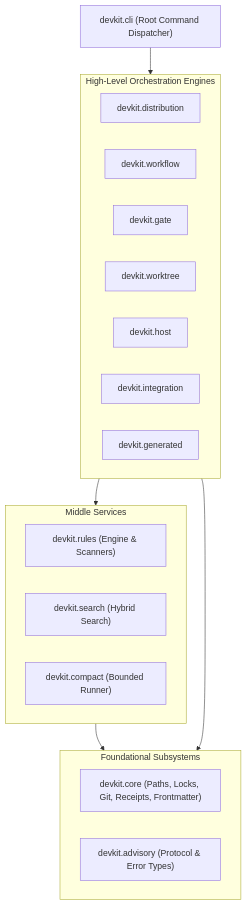
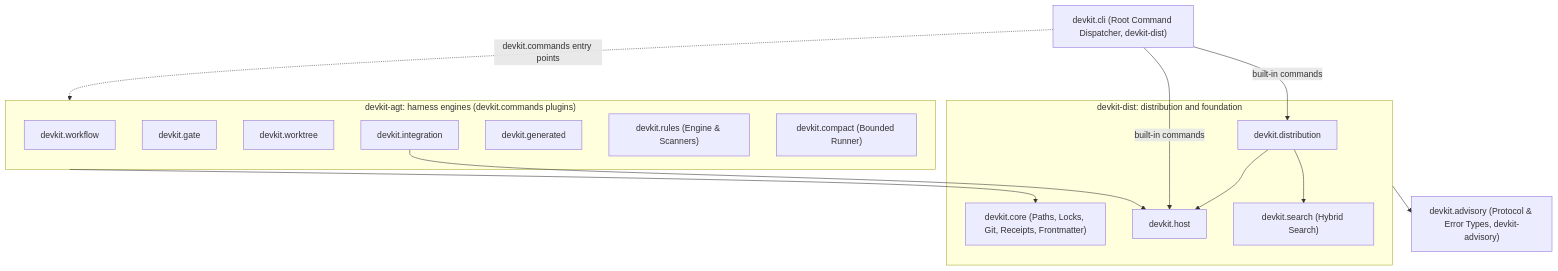
The diagram in docs/architecture/ARCH-05-2-components.md (mjkimR/devkit), drawn with Mermaid before and after one commit. The commit also changed other lines of this file and 43 other files, not shown here.

First line of the commit message:
docs: describe the devkit-dist and devkit-agt split

````diff
--- a/docs/architecture/ARCH-05-2-components.md
+++ b/docs/architecture/ARCH-05-2-components.md
@@ -20,30 +23,32 @@
 ```mermaid
 graph TD
-    CLI["devkit.cli (Root Command Dispatcher)"]
+    CLI["devkit.cli (Root Command Dispatcher, devkit-dist)"]
 
-    subgraph TopLevelEngines ["High-Level Orchestration Engines"]
-        Dist["devkit.distribution"]
+    subgraph Agt ["devkit-agt: harness engines (devkit.commands plugins)"]
         Workflow["devkit.workflow"]
         Gate["devkit.gate"]
         Worktree["devkit.worktree"]
-        Host["devkit.host"]
         Integration["devkit.integration"]
         Gen["devkit.generated"]
-    end
-
-    subgraph IntermediateServices ["Middle Services"]
         Rules["devkit.rules (Engine & Scanners)"]
-        Search["devkit.search (Hybrid Search)"]
         Compact["devkit.compact (Bounded Runner)"]
     end
 
-    subgraph Foundation ["Foundational Subsystems"]
+    subgraph Dist ["devkit-dist: distribution and foundation"]
+        Distribution["devkit.distribution"]
+        Host["devkit.host"]
+        Search["devkit.search (Hybrid Search)"]
         Core["devkit.core (Paths, Locks, Git, Receipts, Frontmatter)"]
-        Advisory["devkit.advisory (Protocol & Error Types)"]
     end
 
-    CLI --> TopLevelEngines
-    TopLevelEngines --> IntermediateServices
-    IntermediateServices --> Foundation
-    TopLevelEngines --> Foundation
+    Advisory["devkit.advisory (Protocol & Error Types, devkit-advisory)"]
+
+    CLI -->|built-in commands| Distribution
+    CLI -->|built-in commands| Host
+    CLI -.->|devkit.commands entry points| Agt
+    Agt --> Core
+    Integration --> Host
+    Distribution --> Search
+    Distribution --> Host
+    Dist --> Advisory
 ```
````
